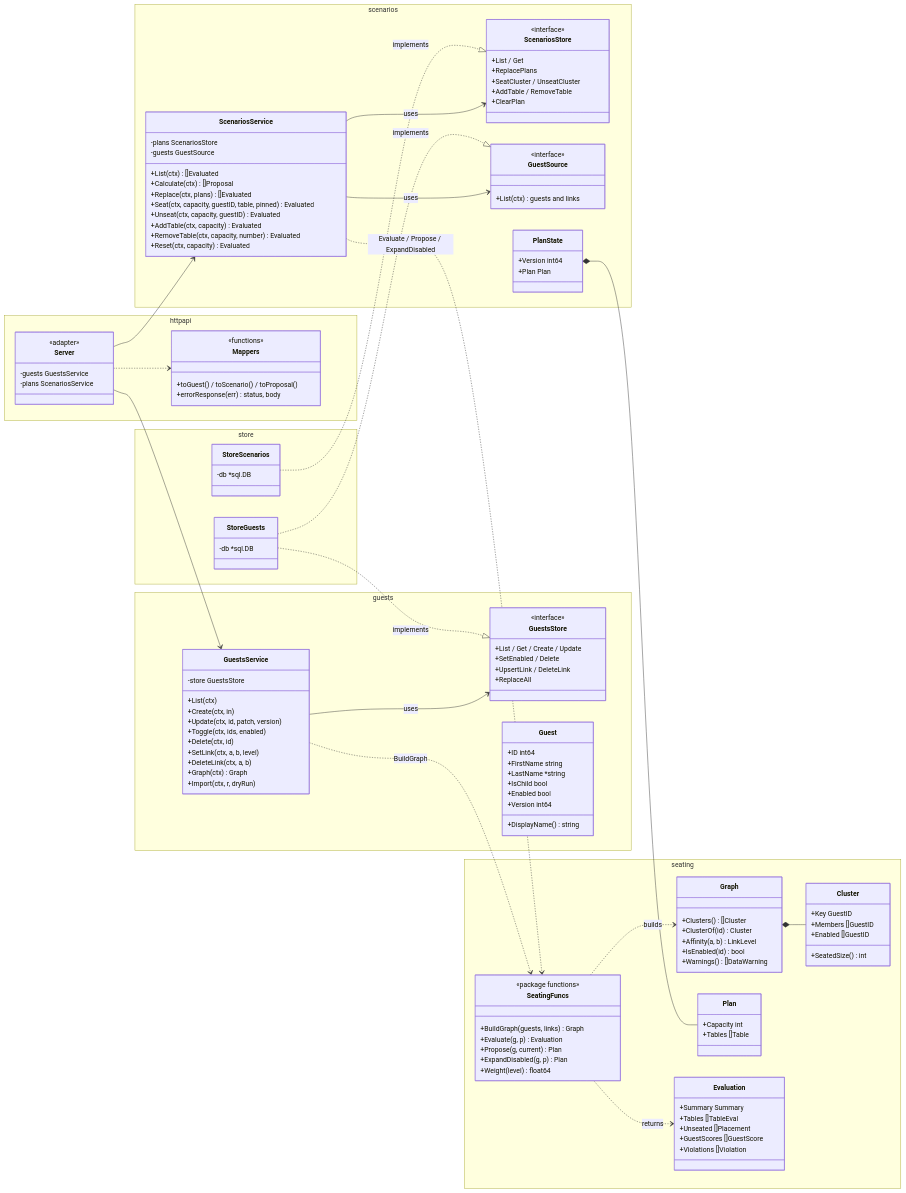
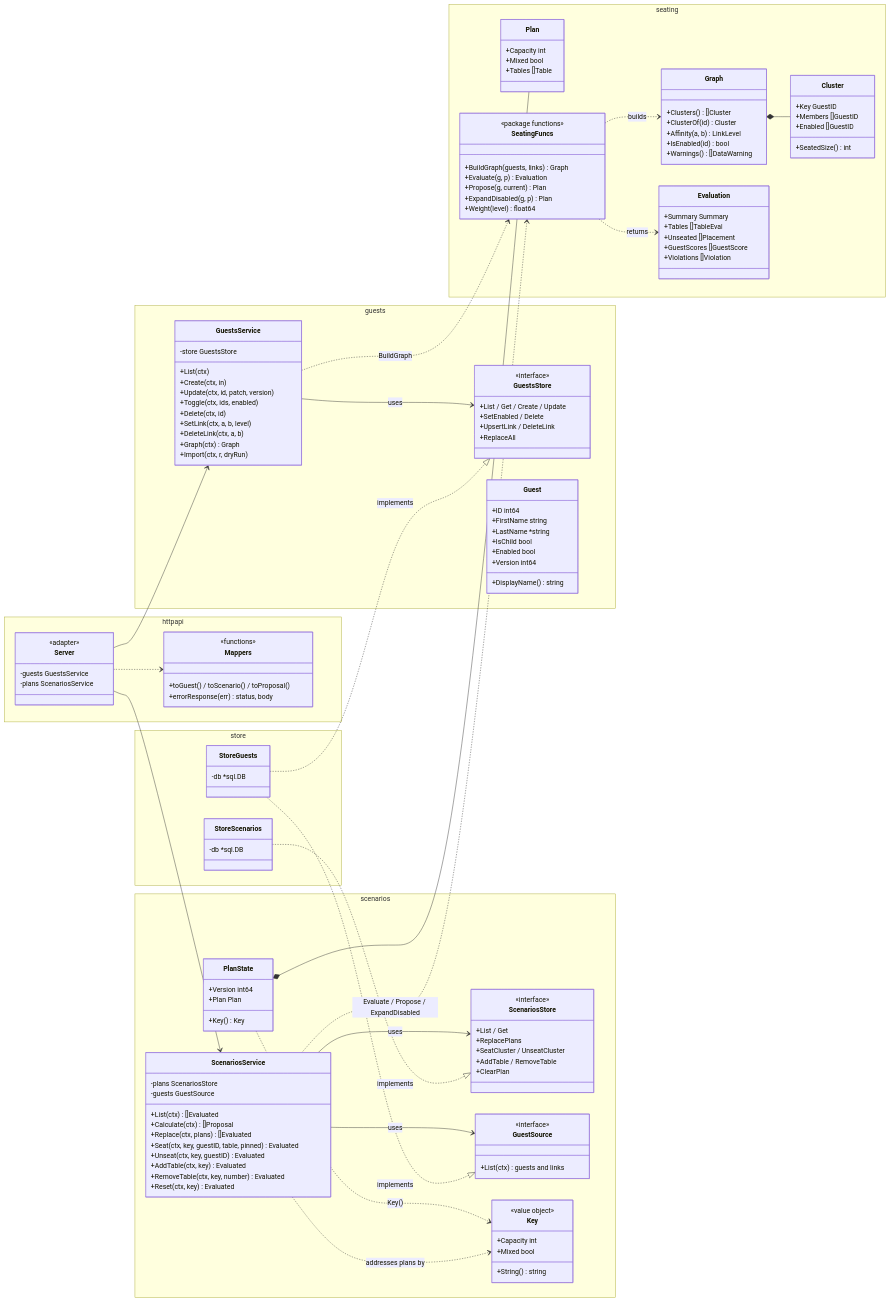
One commit to emicon123/wedding-seating-planner changed the second of 6 diagrams in docs/architecture/diagrams/003-backend-design.md. Above: the diagram before and after it, drawn with Mermaid. The commit also changed other lines of this file and 26 other files, not shown here.

First line of the commit message:
feat(architecture): mixed plan as fifth plan (task 013, phase A)

```diff
--- a/docs/architecture/diagrams/003-backend-design.md
+++ b/docs/architecture/diagrams/003-backend-design.md
@@ -266,6 +270,7 @@
         }
         class Plan {
             +Capacity int
+            +Mixed bool
             +Tables []Table
         }
         class Evaluation {
@@ -321,11 +326,11 @@
             +List(ctx) []Evaluated
             +Calculate(ctx) []Proposal
             +Replace(ctx, plans) []Evaluated
-            +Seat(ctx, capacity, guestID, table, pinned) Evaluated
-            +Unseat(ctx, capacity, guestID) Evaluated
-            +AddTable(ctx, capacity) Evaluated
-            +RemoveTable(ctx, capacity, number) Evaluated
-            +Reset(ctx, capacity) Evaluated
+            +Seat(ctx, key, guestID, table, pinned) Evaluated
+            +Unseat(ctx, key, guestID) Evaluated
+            +AddTable(ctx, key) Evaluated
+            +RemoveTable(ctx, key, number) Evaluated
+            +Reset(ctx, key) Evaluated
         }
         class ScenariosStore {
             <<interface>>
@@ -342,6 +347,13 @@
         class PlanState {
             +Version int64
             +Plan Plan
+            +Key() Key
+        }
+        class Key {
+            <<value object>>
+            +Capacity int
+            +Mixed bool
+            +String() string
         }
     }
     namespace store {
@@ -374,6 +386,8 @@
     StoreGuests ..|> GuestSource : implements
     StoreScenarios ..|> ScenariosStore : implements
     PlanState *-- Plan
+    PlanState ..> Key : Key()
+    ScenariosService ..> Key : addresses plans by
     SeatingFuncs ..> Graph : builds
     Graph *-- Cluster
     SeatingFuncs ..> Evaluation : returns
```
